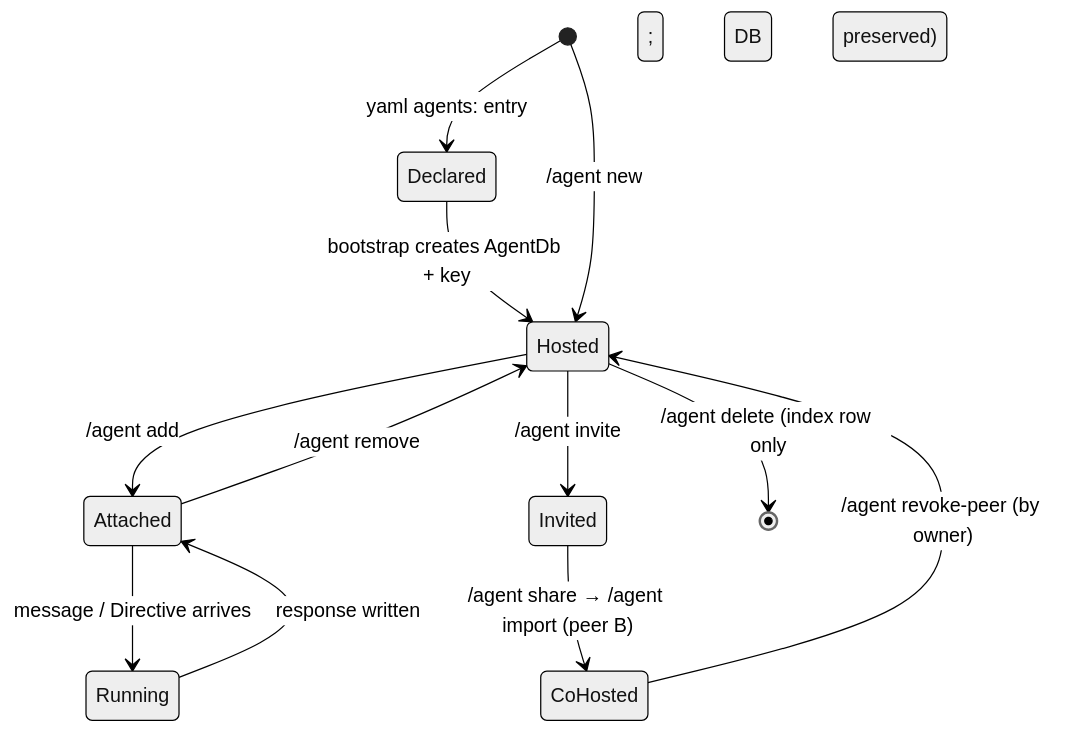
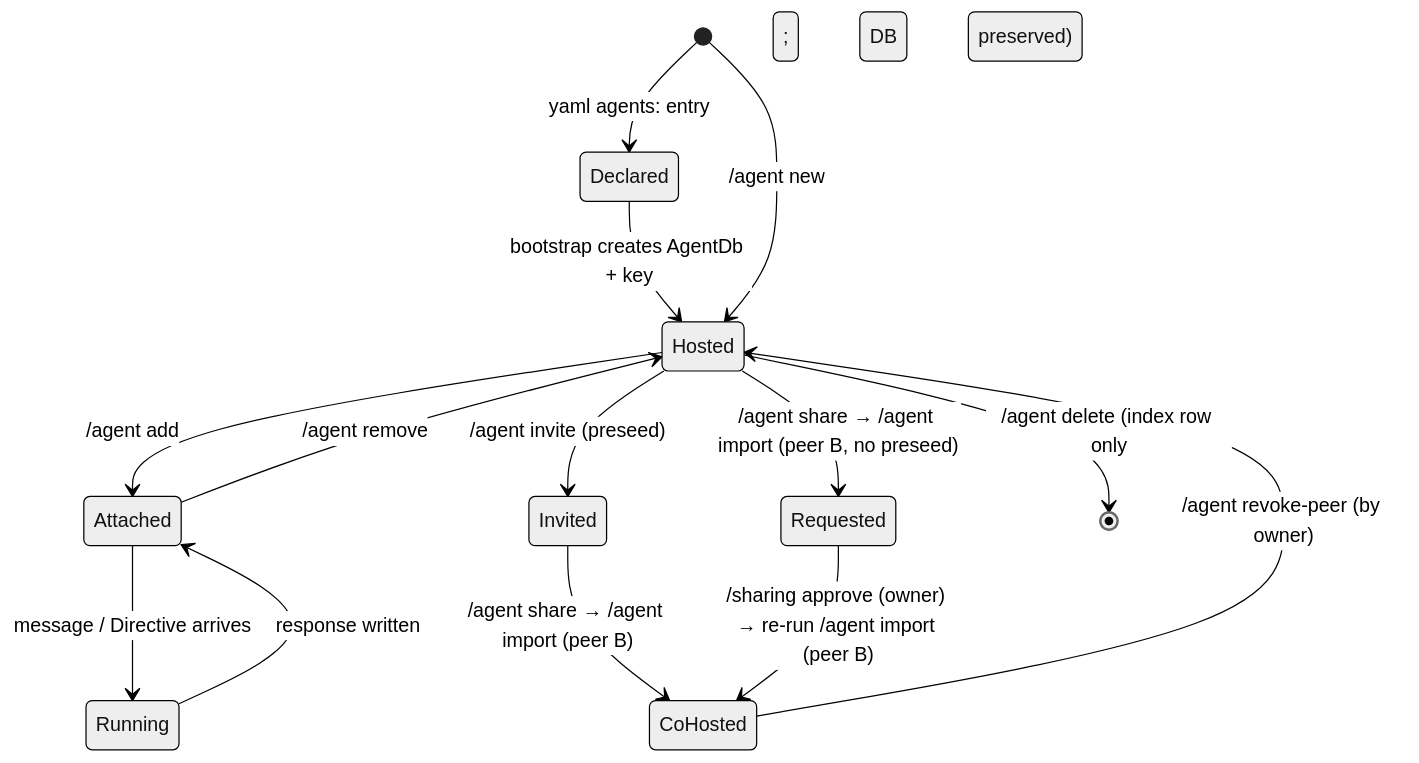
One commit to arcuru/chaz changed the second of 4 diagrams in docs/src/user_guide/agents.md. Above: the diagram before and after it, drawn with Mermaid (neutral theme). The commit also changed other lines of this file and 1 other file, not shown here.

First line of the commit message:
docs(sharing): document the request/approve flow

````diff
--- a/docs/src/user_guide/agents.md
+++ b/docs/src/user_guide/agents.md
@@ -201,14 +204,16 @@
 ```mermaid
 stateDiagram-v2
     [*] --> Declared: yaml agents: entry
     Declared --> Hosted: bootstrap creates AgentDb + key
     [*] --> Hosted: /agent new <name>
     Hosted --> Attached: /agent add <ref>
     Attached --> Running: message / Directive arrives
     Running --> Attached: response written
     Attached --> Hosted: /agent remove <ref>
-    Hosted --> Invited: /agent invite <peer-pubkey>
+    Hosted --> Invited: /agent invite <peer-pubkey> (preseed)
     Invited --> CoHosted: /agent share → /agent import (peer B)
+    Hosted --> Requested: /agent share → /agent import (peer B, no preseed)
+    Requested --> CoHosted: /sharing approve (owner) → re-run /agent import (peer B)
     CoHosted --> Hosted: /agent revoke-peer (by owner)
     Hosted --> [*]: /agent delete (index row only; DB preserved)
 ```
````
